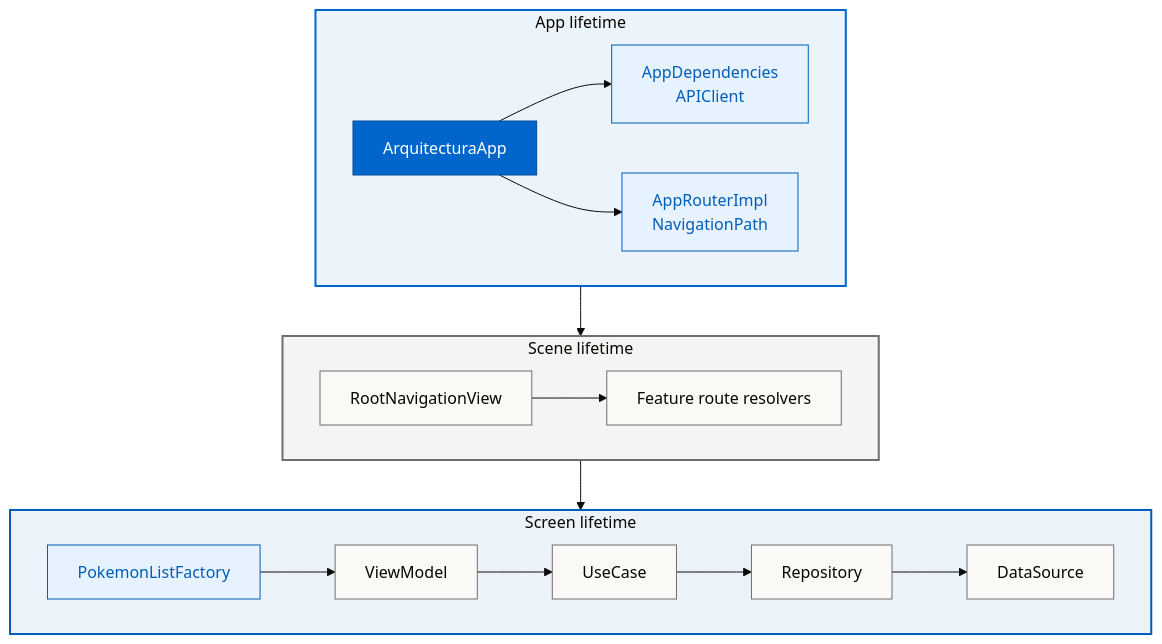
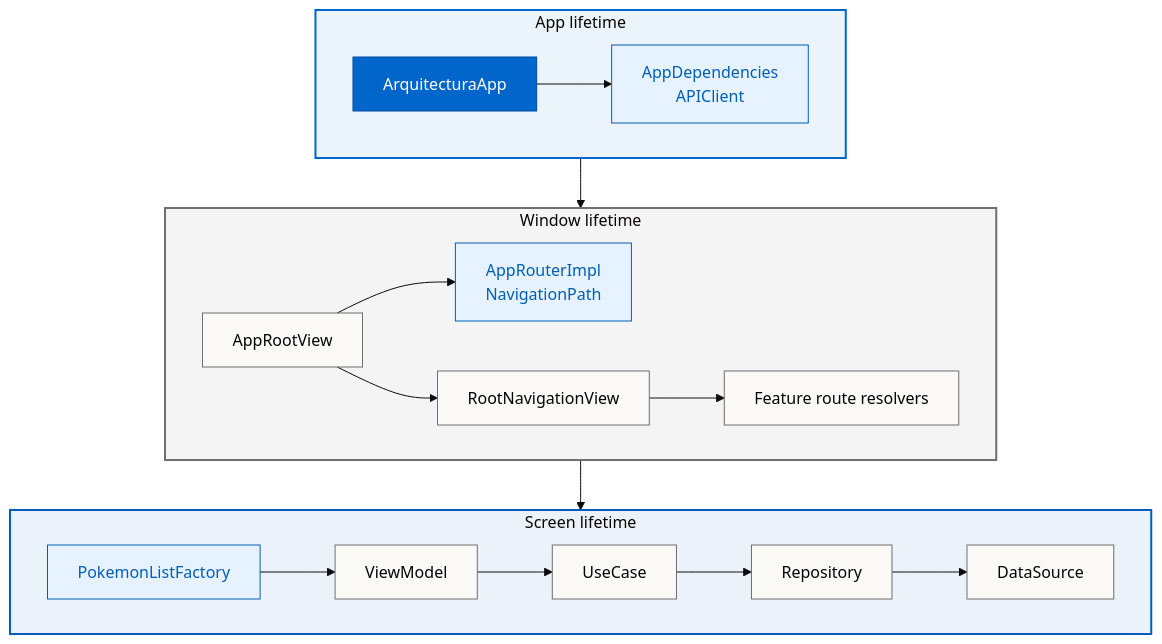
One commit to magnoscg/ios-architecture-reference changed the third of 3 diagrams in README.md. Above: the diagram before and after it, drawn with Mermaid (base theme). The commit also changed other lines of this file and 7 other files, not shown here.

First line of the commit message:
docs: describe per-window navigation and concept-based layers

````diff
--- a/README.md
+++ b/README.md
@@ -204,27 +204,27 @@
 ```mermaid
 flowchart TB
     subgraph APP["App lifetime"]
         direction LR
         Root["ArquitecturaApp"] --> Deps["AppDependencies<br/>APIClient"]
-        Root --> AppRouter["AppRouterImpl<br/>NavigationPath"]
     end
-    subgraph SCENE["Scene lifetime"]
+    subgraph SCENE["Window lifetime"]
         direction LR
-        Nav["RootNavigationView"] --> Resolvers["Feature route resolvers"]
+        Window["AppRootView"] --> AppRouter["AppRouterImpl<br/>NavigationPath"]
+        Window --> Nav["RootNavigationView"] --> Resolvers["Feature route resolvers"]
     end
     subgraph SCREEN["Screen lifetime"]
         direction LR
         Factory["PokemonListFactory"] --> VM["ViewModel"] --> UC["UseCase"] --> Repo["Repository"] --> DS["DataSource"]
     end
     APP --> SCENE --> SCREEN
 
     classDef primary fill:#0066CC,stroke:#004C99,color:#FFFFFF
     classDef secondary fill:#E6F2FF,stroke:#005EB8,color:#005EB8
     classDef neutral fill:#FAF9F6,stroke:#6E6E73,color:#050505
     class Root primary
     class Deps,AppRouter,Factory secondary
-    class Nav,Resolvers,VM,UC,Repo,DS neutral
+    class Window,Nav,Resolvers,VM,UC,Repo,DS neutral
     style APP fill:#0066CC14,stroke:#0066CC,stroke-width:2px
     style SCENE fill:#6E6E7314,stroke:#6E6E73,stroke-width:2px
     style SCREEN fill:#005EB814,stroke:#005EB8,stroke-width:2px
 ```
````
